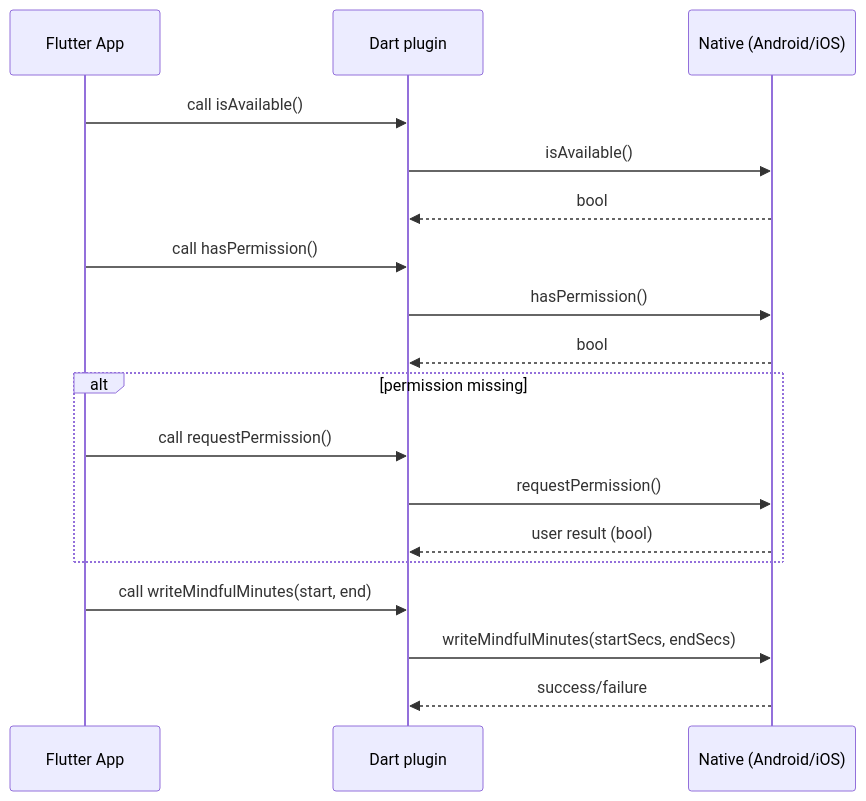
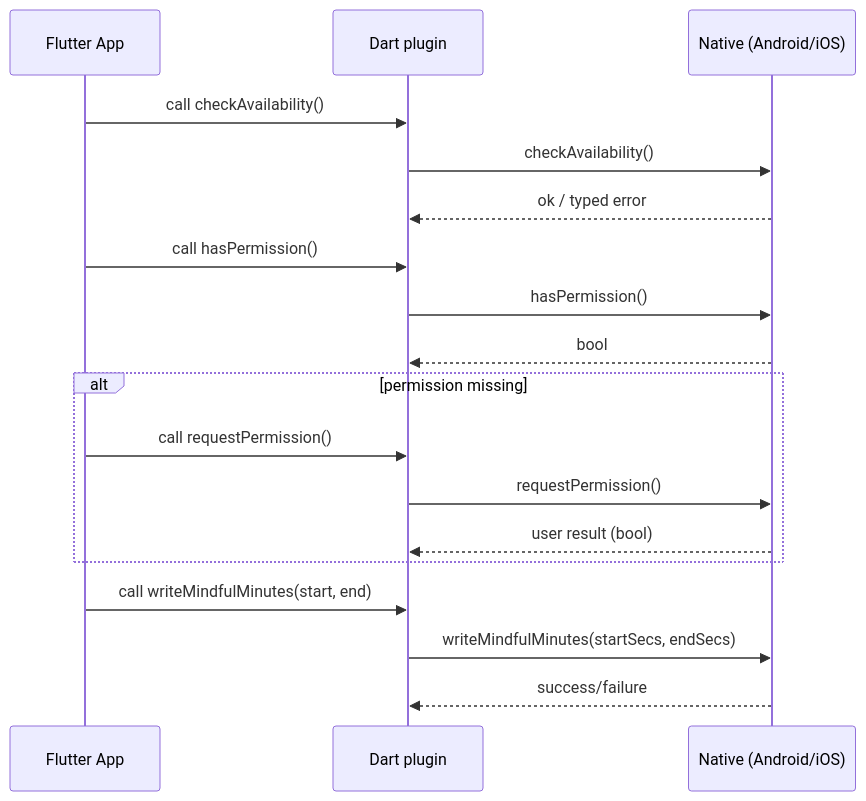
Before and after one commit to dropout/flutter_mindful_minutes: the diagram in README.md, drawn with Mermaid. The commit also changed other lines of this file and 14 other files, not shown here.

````diff
--- a/README.md
+++ b/README.md
@@ -248,20 +251,20 @@
 ```mermaid
 sequenceDiagram
   participant App as Flutter App
   participant Dart as Dart plugin
   participant Native as Native (Android/iOS)
-  App->>Dart: call isAvailable()
-  Dart->>Native: isAvailable()
-  Native-->>Dart: bool
+  App->>Dart: call checkAvailability()
+  Dart->>Native: checkAvailability()
+  Native-->>Dart: ok / typed error
   App->>Dart: call hasPermission()
   Dart->>Native: hasPermission()
   Native-->>Dart: bool
   alt permission missing
     App->>Dart: call requestPermission()
     Dart->>Native: requestPermission()
     Native-->>Dart: user result (bool)
   end
   App->>Dart: call writeMindfulMinutes(start, end)
   Dart->>Native: writeMindfulMinutes(startSecs, endSecs)
   Native-->>Dart: success/failure
 ```
````
